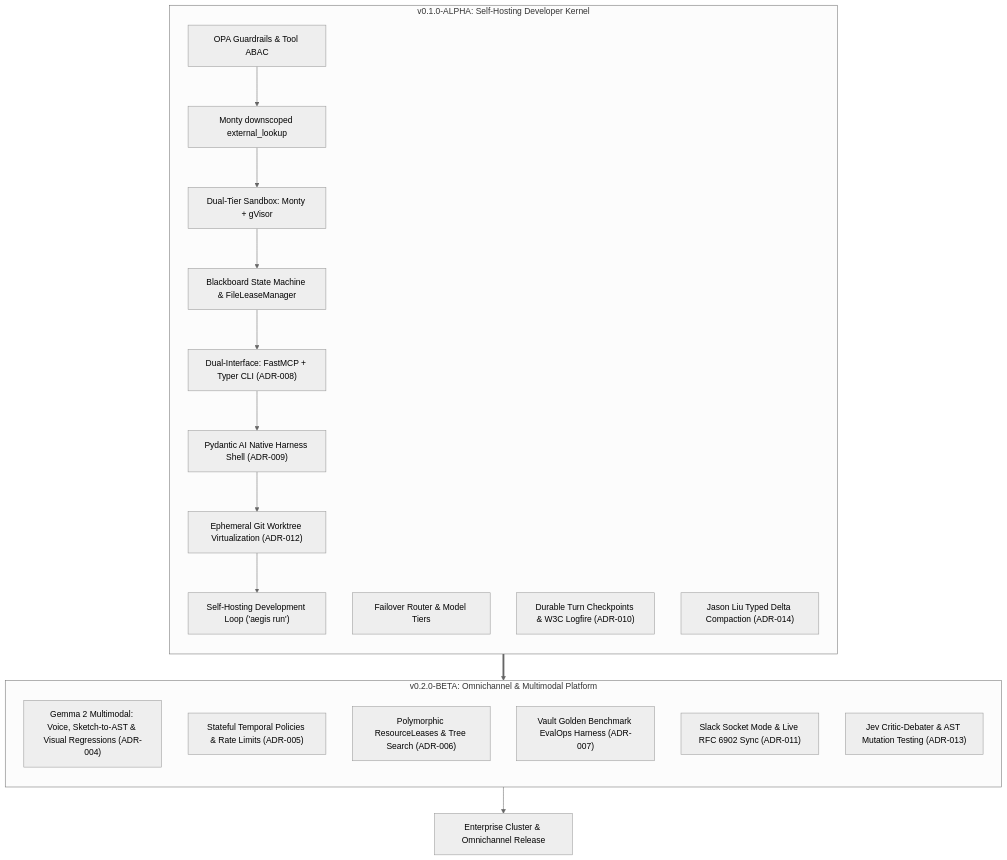
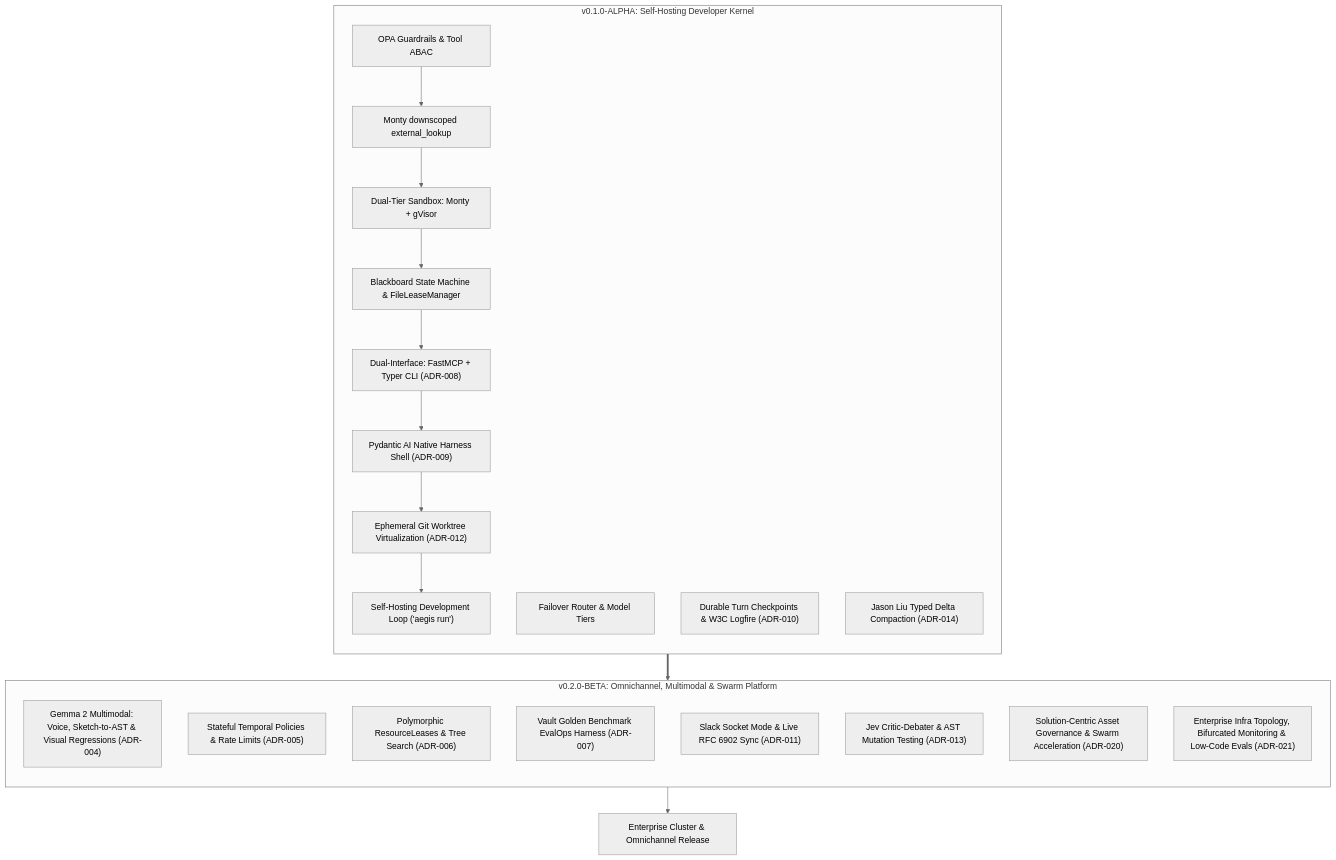
One commit to markdavidmc0/aegis-mcp changed the diagram in architecture/review_v0-0-1-alpha.md. Above: the diagram before and after it, drawn with Mermaid (neutral theme). The commit also changed other lines of this file and 11 other files, not shown here.

````diff
--- a/architecture/review_v0-0-1-alpha.md
+++ b/architecture/review_v0-0-1-alpha.md
@@ -185,30 +203,32 @@
 ```mermaid
 flowchart TD
     subgraph Alpha ["v0.1.0-ALPHA: Self-Hosting Developer Kernel"]
         direction TB
         R1["OPA Guardrails & Tool ABAC"]
         R2["Monty downscoped external_lookup"]
         R3["Dual-Tier Sandbox: Monty + gVisor"]
         R4["Failover Router & Model Tiers"]
         R5["Blackboard State Machine & FileLeaseManager"]
         R9["Dual-Interface: FastMCP + Typer CLI (ADR-008)"]
         R10["Pydantic AI Native Harness Shell (ADR-009)"]
         R11["Durable Turn Checkpoints & W3C Logfire (ADR-010)"]
         R13["Ephemeral Git Worktree Virtualization (ADR-012)"]
         R15["Jason Liu Typed Delta Compaction (ADR-014)"]
         R1 --> R2 --> R3 --> R5 --> R9 --> R10 --> R13 --> DOGFOOD["Self-Hosting Development Loop ('aegis run')"]
     end
 
-    subgraph Beta ["v0.2.0-BETA: Omnichannel & Multimodal Platform"]
+    subgraph Beta ["v0.2.0-BETA: Omnichannel, Multimodal & Swarm Platform"]
         direction TB
         R_MULTI["Gemma 2 Multimodal: Voice, Sketch-to-AST & Visual Regressions (ADR-004)"]
         R_TEMP["Stateful Temporal Policies & Rate Limits (ADR-005)"]
         R7["Polymorphic ResourceLeases & Tree Search (ADR-006)"]
         R8["Vault Golden Benchmark EvalOps Harness (ADR-007)"]
         R12["Slack Socket Mode & Live RFC 6902 Sync (ADR-011)"]
         R14["Jev Critic-Debater & AST Mutation Testing (ADR-013)"]
+        R16["Solution-Centric Asset Governance & Swarm Acceleration (ADR-020)"]
+        R17["Enterprise Infra Topology, Bifurcated Monitoring & Low-Code Evals (ADR-021)"]
     end
 
     Alpha ==> Beta
     Beta --> VERIFY["Enterprise Cluster & Omnichannel Release"]
 ```
````
